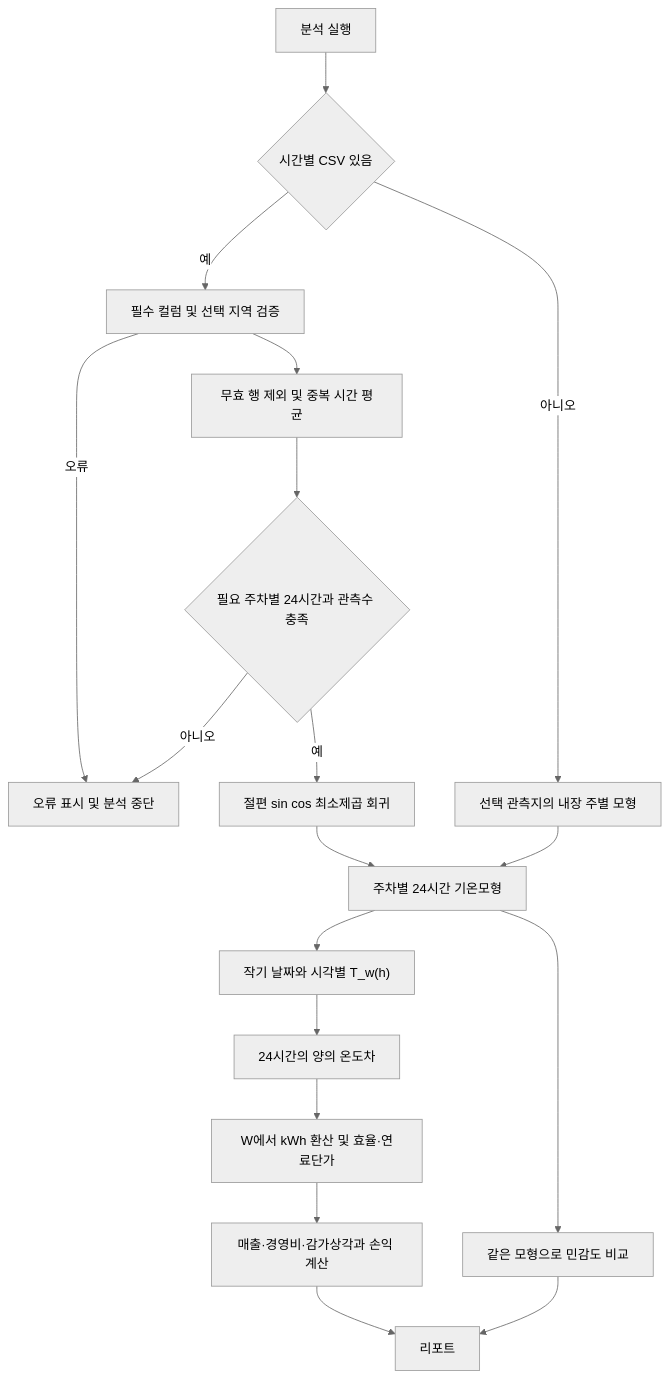
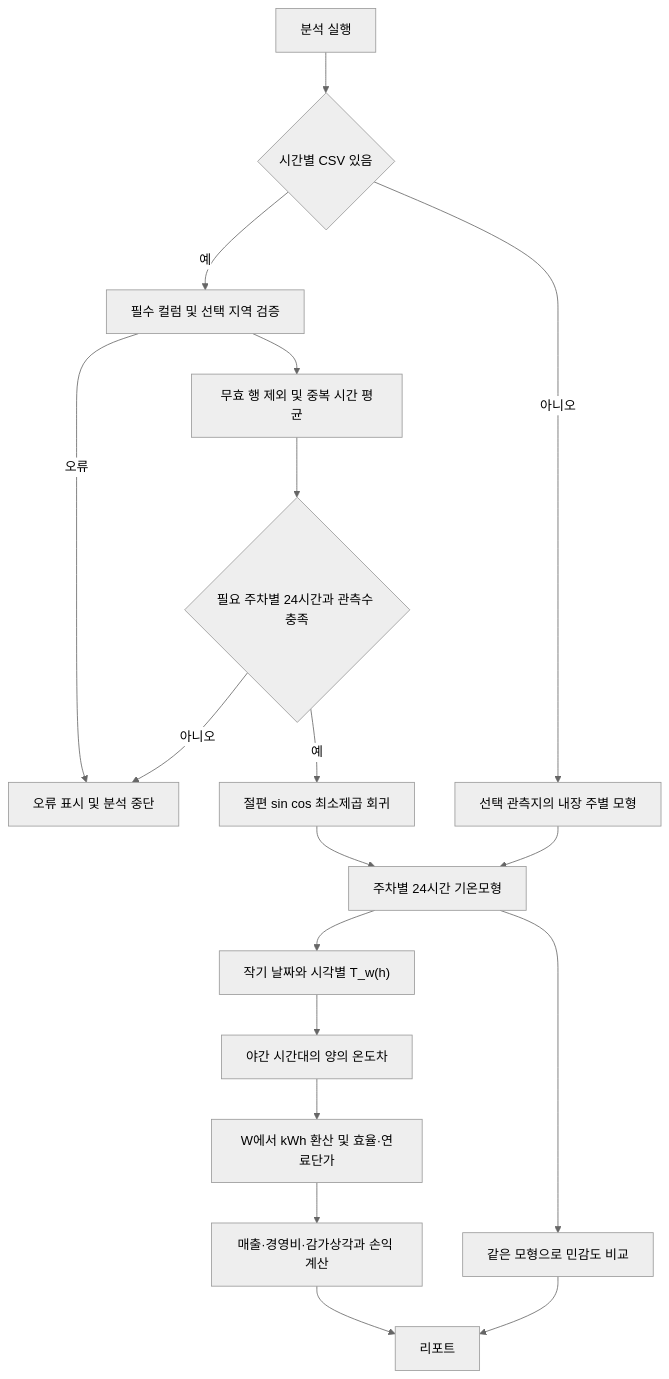
Before and after one commit to kuk-jong/fig-heating-decision-app: the fifth of 5 diagrams in releases/v0.5/docs/APP_BLUEPRINT.md, drawn with Mermaid (neutral theme). The commit also changed other lines of this file and 13 other files, not shown here.

````diff
--- a/releases/v0.5/docs/APP_BLUEPRINT.md
+++ b/releases/v0.5/docs/APP_BLUEPRINT.md
@@ -224,20 +228,20 @@
 ```mermaid
 flowchart TD
     request["분석 실행"] --> hasCsv{"시간별 CSV 있음"}
     hasCsv -->|"예"| validate["필수 컬럼 및 선택 지역 검증"]
     validate --> clean["무효 행 제외 및 중복 시간 평균"]
     clean --> eligible{"필요 주차별 24시간과 관측수 충족"}
     validate -->|"오류"| stop["오류 표시 및 분석 중단"]
     eligible -->|"아니오"| stop
     eligible -->|"예"| regression["절편 sin cos 최소제곱 회귀"]
     regression --> model["주차별 24시간 기온모형"]
     hasCsv -->|"아니오"| fallback["선택 관측지의 내장 주별 모형"]
     fallback --> model
     model --> daily["작기 날짜와 시각별 T_w(h)"]
-    daily --> heat["24시간의 양의 온도차"]
+    daily --> heat["야간 시간대의 양의 온도차"]
     heat --> cost["W에서 kWh 환산 및 효율·연료단가"]
     cost --> profit["매출·경영비·감가상각과 손익 계산"]
     model --> sensitivity["같은 모형으로 민감도 비교"]
     profit --> report["리포트"]
     sensitivity --> report
 ```
````
